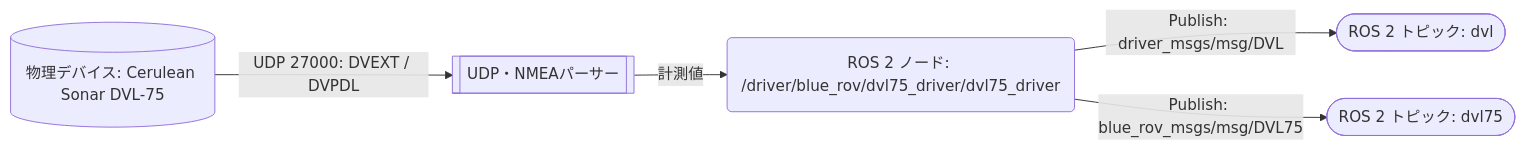
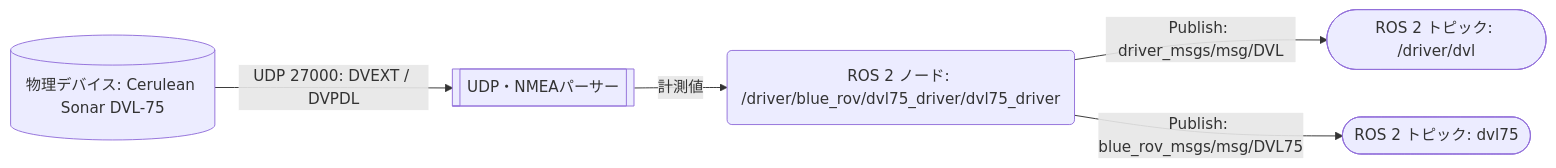
The diagram in kyubic_ws/src/driver/blue_rov/dvl75_driver/README.md (KyutechUnderWater/kyubic_ros), drawn with Mermaid before and after one commit. The commit also changed other lines of this file and 11 other files, not shown here.

````diff
--- a/kyubic_ws/src/driver/blue_rov/dvl75_driver/README.md
+++ b/kyubic_ws/src/driver/blue_rov/dvl75_driver/README.md
@@ -7,13 +7,13 @@
 ```mermaid
 flowchart LR
     S[("物理デバイス: Cerulean Sonar DVL-75")]
     D[["UDP・NMEAパーサー"]]
     N("ROS 2 ノード: /driver/blue_rov/dvl75_driver/dvl75_driver")
-    T1(["ROS 2 トピック: dvl"])
+    T1(["ROS 2 トピック: /driver/dvl"])
     T2(["ROS 2 トピック: dvl75"])
 
     S -->|"UDP 27000: DVEXT / DVPDL"| D
     D -->|"計測値"| N
     N -->|"Publish: driver_msgs/msg/DVL"| T1
     N -->|"Publish: blue_rov_msgs/msg/DVL75"| T2
 ```
````
